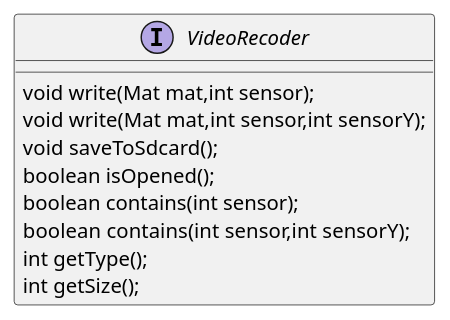
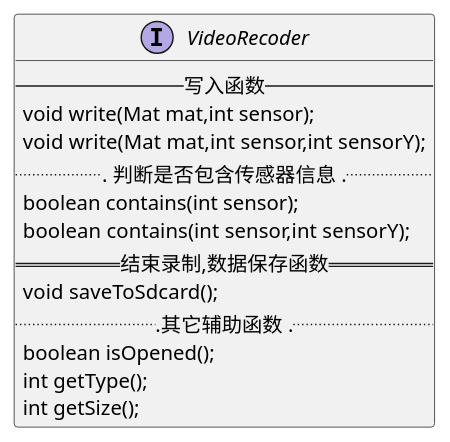
Before and after one commit to gudehuang/SensorVideo: the diagram in app/VideoRecorder.puml, drawn with PlantUML. The commit also changed 7 other files, not shown here.

```diff
--- a/app/VideoRecorder.puml
+++ b/app/VideoRecorder.puml
@@ -1,16 +1,19 @@
 @startuml
 
 
  interface VideoRecoder {
-
+  --写入函数 --
     void write(Mat mat,int sensor);
     void write(Mat mat,int sensor,int sensorY);
-    void saveToSdcard();
-    boolean isOpened();
+... 判断是否包含传感器信息 ...
     boolean contains(int sensor);
     boolean contains(int sensor,int sensorY);
+==结束录制,数据保存函数==
+    void saveToSdcard();
+...其它辅助函数 ...
+    boolean isOpened();
     int getType();
     int getSize();
 }
 
 @enduml
```
